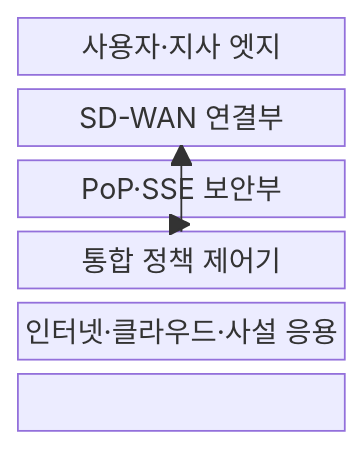
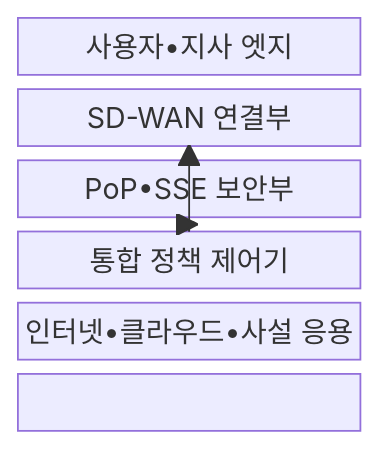
One commit to agnusdei1207/knowledge-base changed the first of 2 diagrams in src/content/docs/notes/04-network/090_sase.md. Above: the diagram before and after it, drawn with Mermaid. The commit also changed other lines of this file and 953 other files, not shown here.

````diff
--- a/src/content/docs/notes/04-network/090_sase.md
+++ b/src/content/docs/notes/04-network/090_sase.md
@@ -66,12 +66,12 @@
 ```mermaid
 block-beta
     columns 1
-    EDGE["사용자·지사 엣지"]
+    EDGE["사용자•지사 엣지"]
     SDWAN["SD-WAN 연결부"]
-    POP["PoP·SSE 보안부"]
+    POP["PoP•SSE 보안부"]
     POLICY["통합 정책 제어기"]
-    APP["인터넷·클라우드·사설 응용"]
+    APP["인터넷•클라우드•사설 응용"]
     EDGE --> SDWAN --> POP --> APP
     POLICY --> SDWAN
     POLICY --> POP
 ```
````
